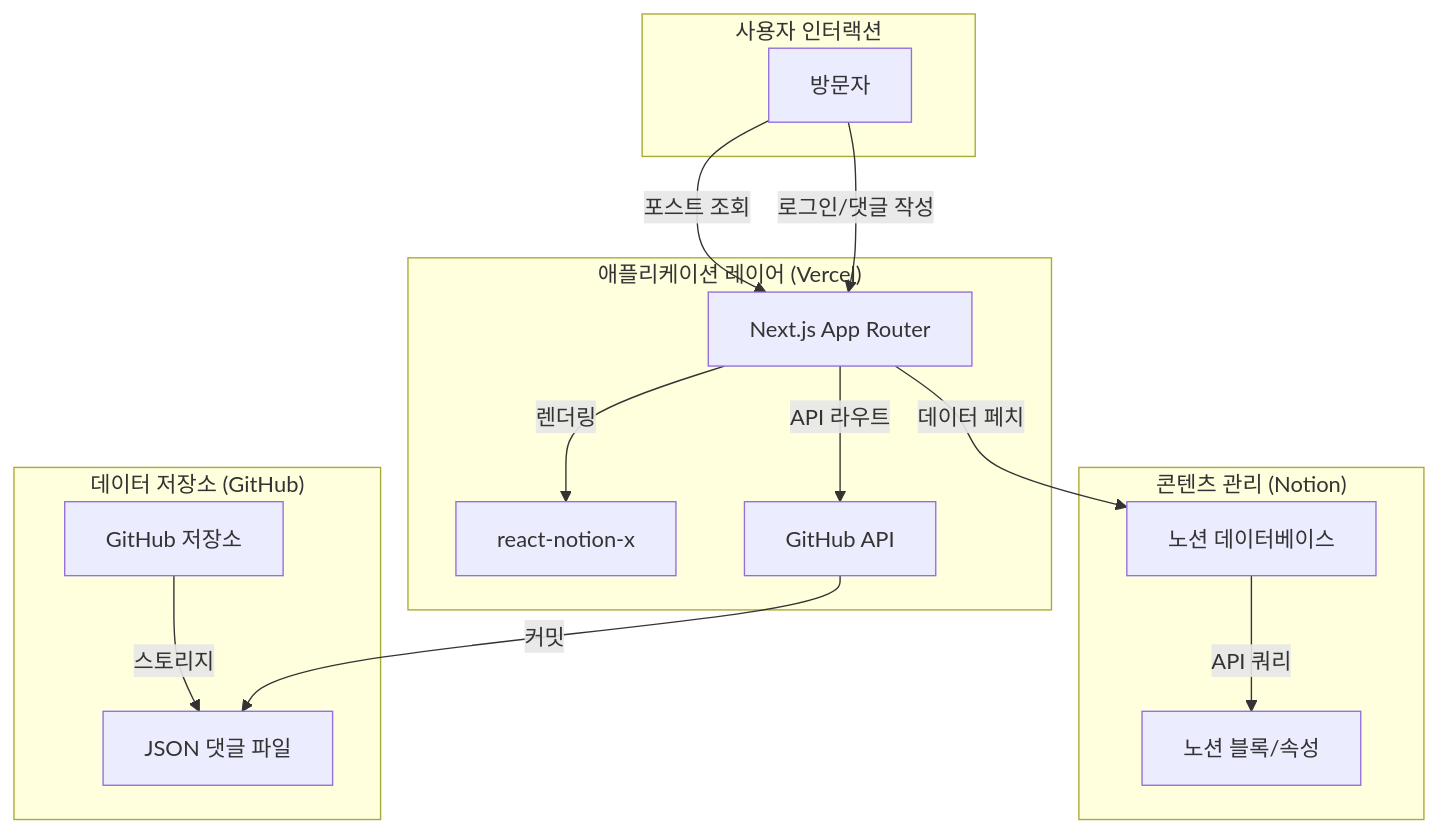
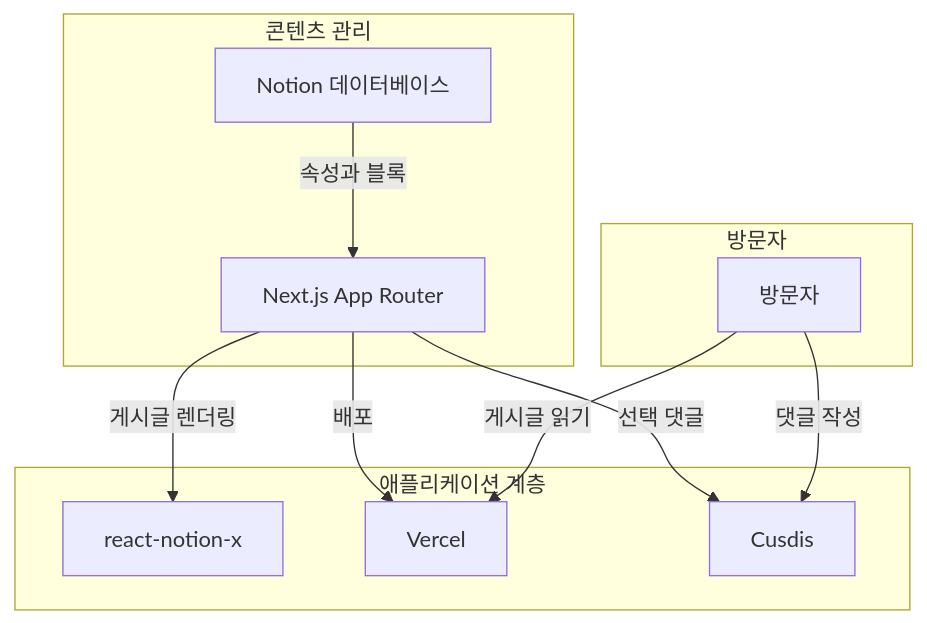
The diagram in README_KR.md (4lph4-dvlp/NoLog), drawn with Mermaid before and after one commit. The commit also changed other lines of this file and 13 other files, not shown here.

````diff
--- a/README_KR.md
+++ b/README_KR.md
@@ -15,22 +13,17 @@
 ```mermaid
 graph TD
-    subgraph "콘텐츠 관리 (Notion)"
-        N[노션 데이터베이스] -->|API 쿼리| NB[노션 블록/속성]
+    subgraph "콘텐츠 관리"
+        N[Notion 데이터베이스] -->|속성과 블록| V[Next.js App Router]
     end
 
-    subgraph "애플리케이션 레이어 (Vercel)"
-        V[Next.js App Router] -->|데이터 페치| N
-        V -->|렌더링| RX[react-notion-x]
-        V -->|API 라우트| GH_API[GitHub API]
+    subgraph "애플리케이션 계층"
+        V -->|게시글 렌더링| RX[react-notion-x]
+        V -->|배포| VC[Vercel]
+        V -->|선택 댓글| C[Cusdis]
     end
 
-    subgraph "데이터 저장소 (GitHub)"
-        GH[GitHub 저장소] -->|스토리지| CM[JSON 댓글 파일]
-        GH_API -->|커밋| CM
-    end
-
-    subgraph "사용자 인터랙션"
-        U[방문자] -->|포스트 조회| V
-        U -->|로그인/댓글 작성| V
+    subgraph "방문자"
+        U[방문자] -->|게시글 읽기| VC
+        U -->|댓글 작성| C
     end
 ```
````
